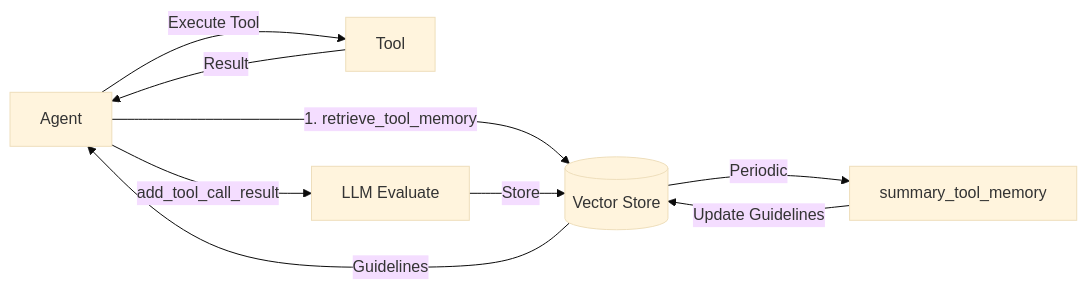
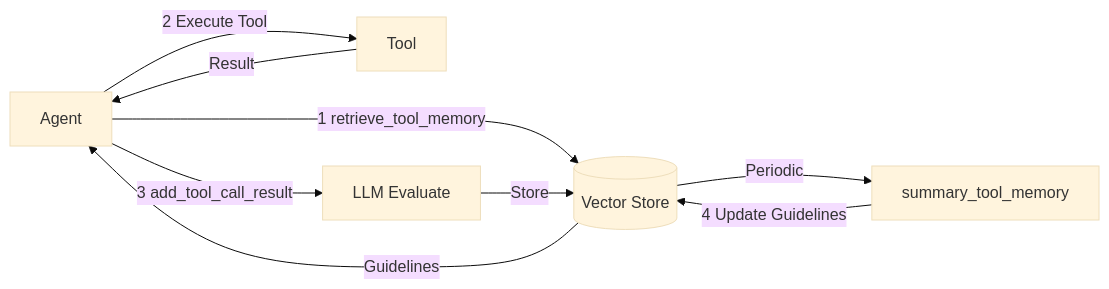
The second of 2 diagrams in docs/tool_memory/tool_memory.md (modelscope/ReMe), drawn with Mermaid (base theme) before and after one commit. The commit also changed 5 other files, not shown here.

First line of the commit message:
feat(docs): add tool memory documentation and update ReMe memory model

````diff
--- a/docs/tool_memory/tool_memory.md
+++ b/docs/tool_memory/tool_memory.md
@@ -195,11 +195,11 @@
 ```mermaid
 graph LR
-    A[Agent] -->|1. retrieve_tool_memory| B[(Vector Store)]
+    A[Agent] -->|1 retrieve_tool_memory| B[(Vector Store)]
     B -->|Guidelines| A
-    A -->|Execute Tool| C[Tool]
+    A -->|2 Execute Tool| C[Tool]
     C -->|Result| A
-    A -->|add_tool_call_result| D[LLM Evaluate]
+    A -->|3 add_tool_call_result| D[LLM Evaluate]
     D -->|Store| B
     B -->|Periodic| E[summary_tool_memory]
-    E -->|Update Guidelines| B
+    E -->|4 Update Guidelines| B
 ```
````
